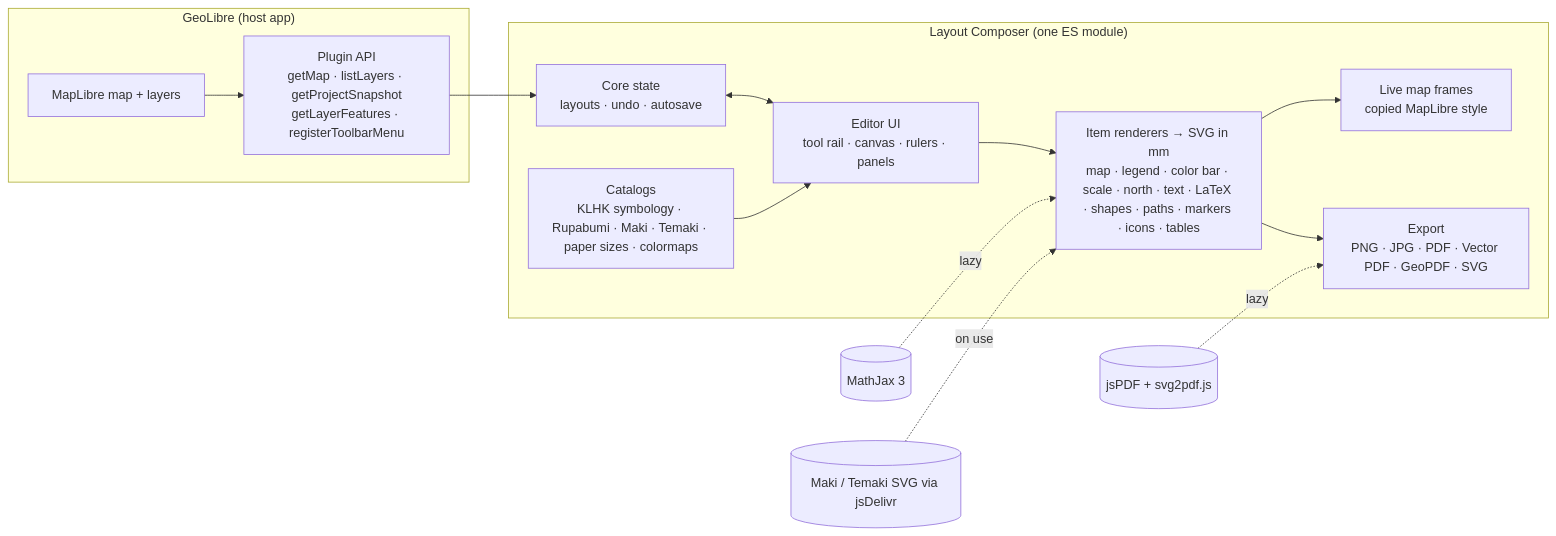
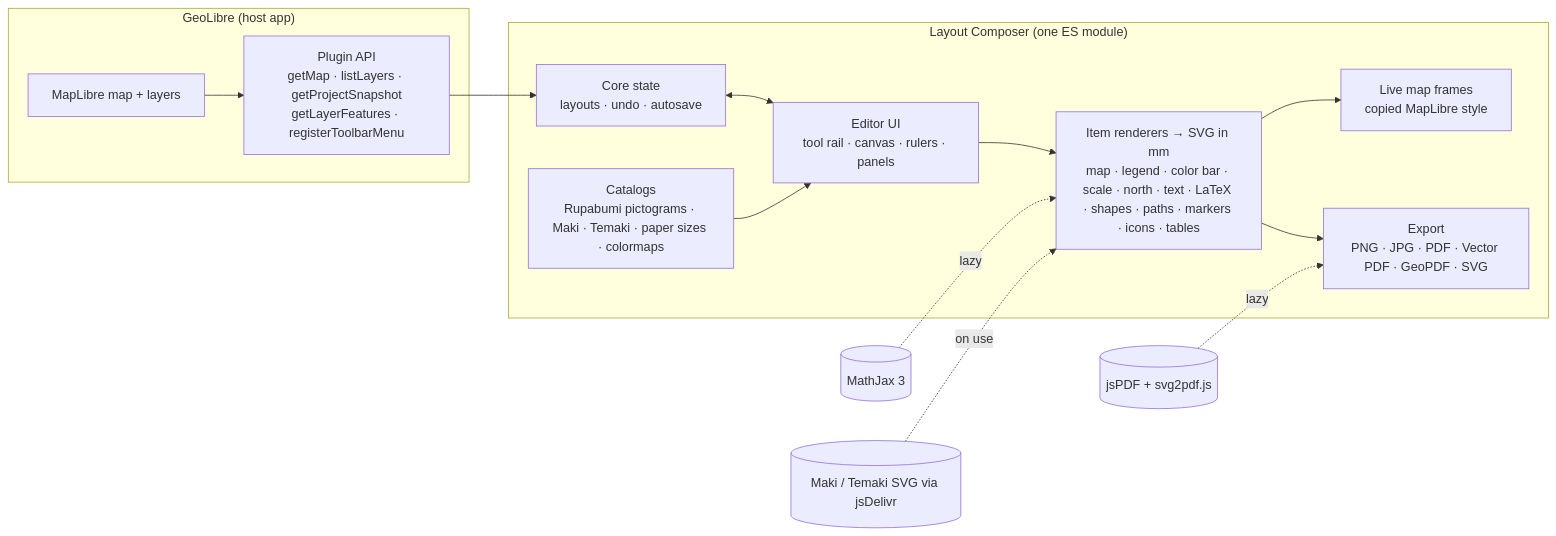
The first of 3 diagrams in README.md (Defani/Geolibre-Laout-Composer), drawn with Mermaid before and after one commit. The commit also changed other lines of this file and 10 other files, not shown here.

First line of the commit message:
Top-bar insert menus, Rupabumi pictograms, map view tools

````diff
--- a/README.md
+++ b/README.md
@@ -76,24 +76,24 @@
 ```mermaid
 flowchart LR
   subgraph Host["GeoLibre (host app)"]
     GL[MapLibre map + layers]
     API["Plugin API<br/>getMap · listLayers · getProjectSnapshot<br/>getLayerFeatures · registerToolbarMenu"]
   end
   subgraph Plugin["Layout Composer (one ES module)"]
     Core[Core state<br/>layouts · undo · autosave]
     UI[Editor UI<br/>tool rail · canvas · rulers · panels]
     Items[Item renderers → SVG in mm<br/>map · legend · color bar · scale · north · text · LaTeX · shapes · paths · markers · icons · tables]
     Maps[Live map frames<br/>copied MapLibre style]
-    Cat[Catalogs<br/>KLHK symbology · Rupabumi · Maki · Temaki · paper sizes · colormaps]
+    Cat[Catalogs<br/>Rupabumi pictograms · Maki · Temaki · paper sizes · colormaps]
     Exp[Export<br/>PNG · JPG · PDF · Vector PDF · GeoPDF · SVG]
   end
   GL --> API --> Core
   Core <--> UI
   UI --> Items
   Items --> Maps
   Cat --> UI
   Items --> Exp
   MJ[(MathJax 3)] -.lazy.-> Items
   PDF[(jsPDF + svg2pdf.js)] -.lazy.-> Exp
   ICN[(Maki / Temaki SVG via jsDelivr)] -.on use.-> Items
 ```
````
